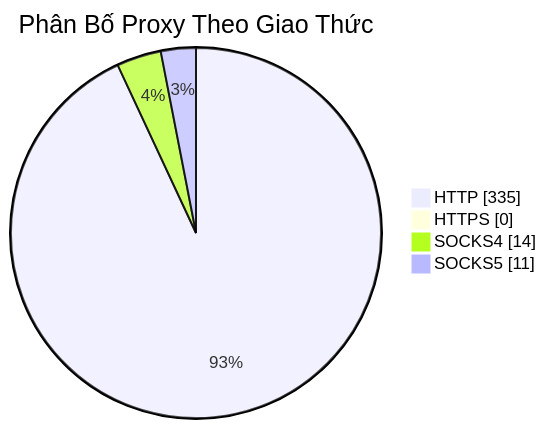
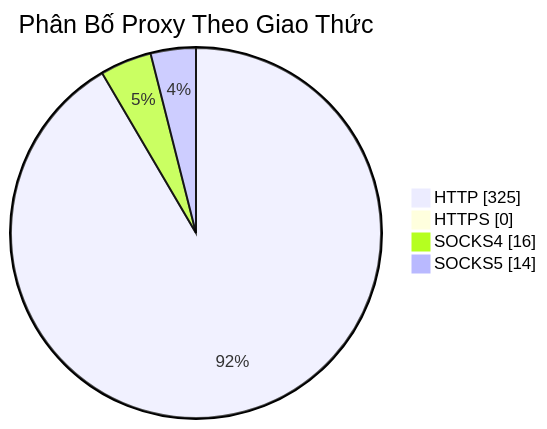
One commit to Ciara-Aa/PROXY-free changed the diagram in README.md. Above: the diagram before and after it, drawn with Mermaid. The commit also changed other lines of this file and 3 other files, not shown here.

````diff
--- a/README.md
+++ b/README.md
@@ -26,7 +26,7 @@
 ```mermaid
 pie showData title Phân Bố Proxy Theo Giao Thức
-    "HTTP" : 335
+    "HTTP" : 325
     "HTTPS" : 0
-    "SOCKS4" : 14
-    "SOCKS5" : 11
+    "SOCKS4" : 16
+    "SOCKS5" : 14
 ```
````
